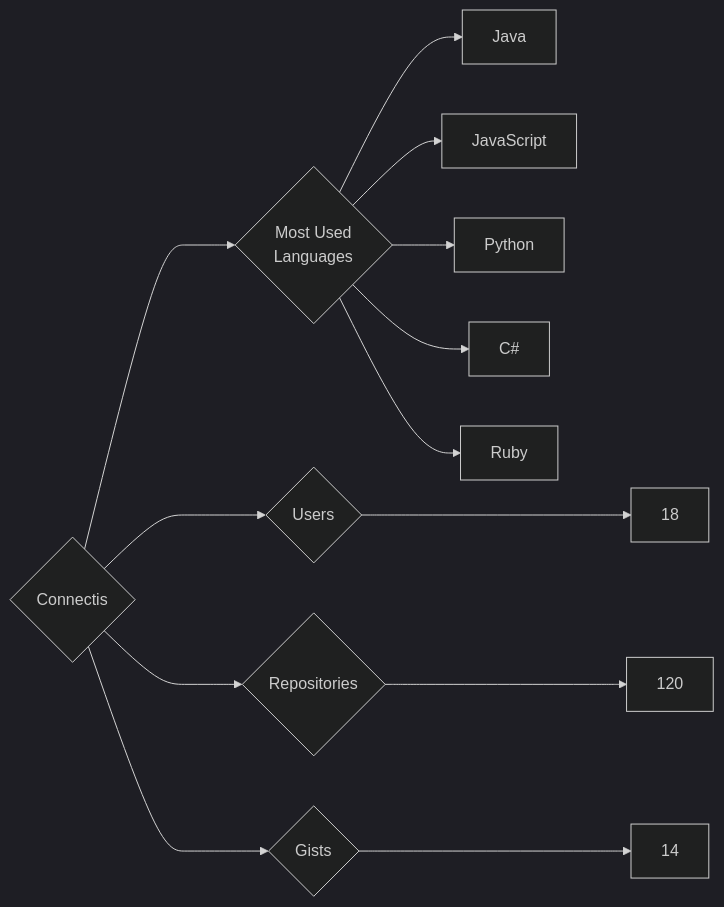
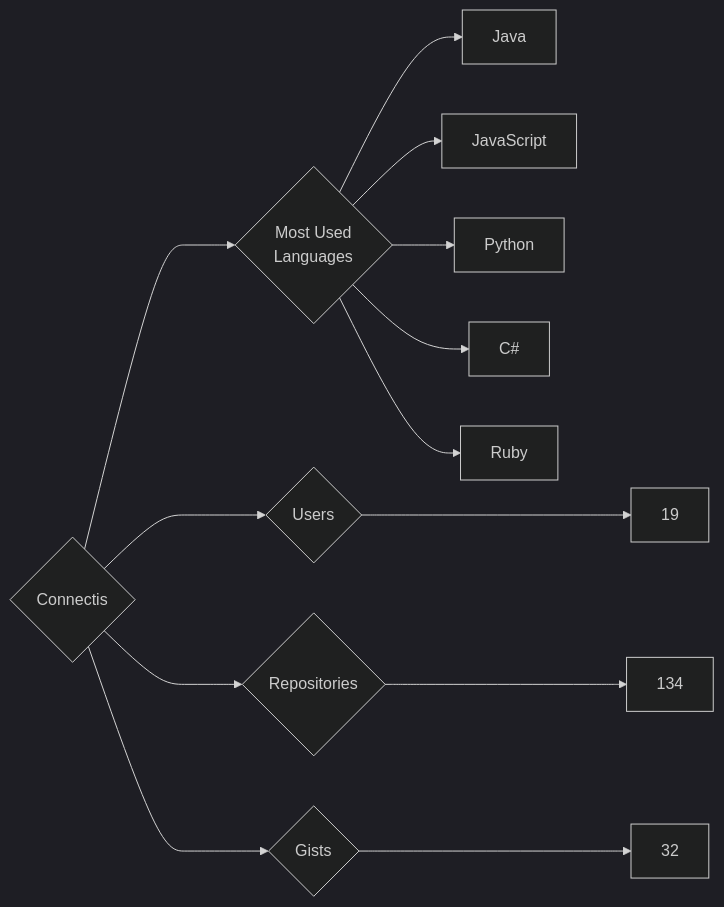
The diagram in targets/Connectis/README.md (trickest/insiders), drawn with Mermaid (dark theme) before and after one commit. The commit also changed 874 other files, not shown here.

````diff
--- a/targets/Connectis/README.md
+++ b/targets/Connectis/README.md
@@ -3,13 +3,13 @@
 ```mermaid
 graph LR
 COMPANY_NAME{Connectis}
-COMPANY_NAME ---> U{Users} ---> UN[18]
-COMPANY_NAME ---> R{Repositories} ---> RN[120]
-COMPANY_NAME ---> G{Gists} ---> GN[14]
+COMPANY_NAME ---> U{Users} ---> UN[19]
+COMPANY_NAME ---> R{Repositories} ---> RN[134]
+COMPANY_NAME ---> G{Gists} ---> GN[32]
 COMPANY_NAME ---> ML{Most Used<br>Languages}
 ML --> Java[Java]
 ML --> JavaScript[JavaScript]
 ML --> Python[Python]
 ML --> C#[C#]
 ML --> Ruby[Ruby]
 ```
````
